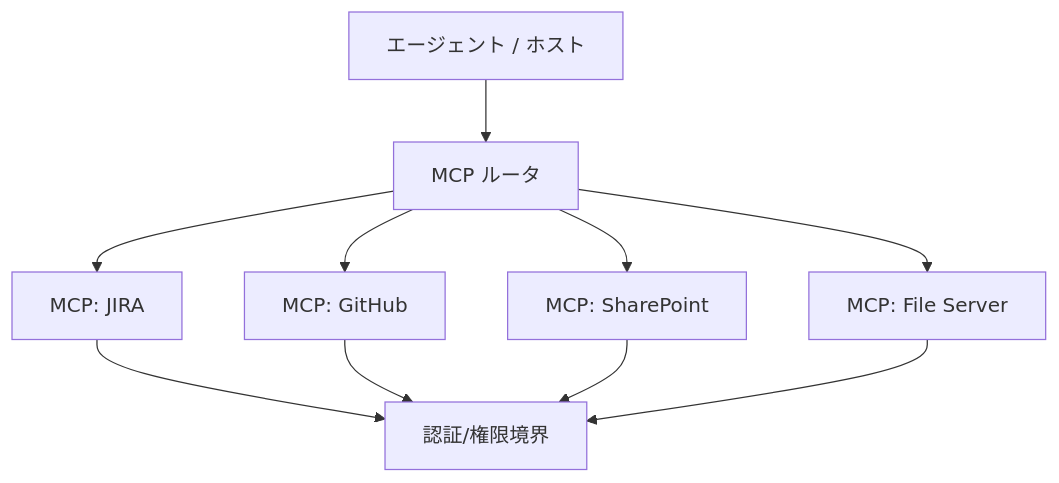
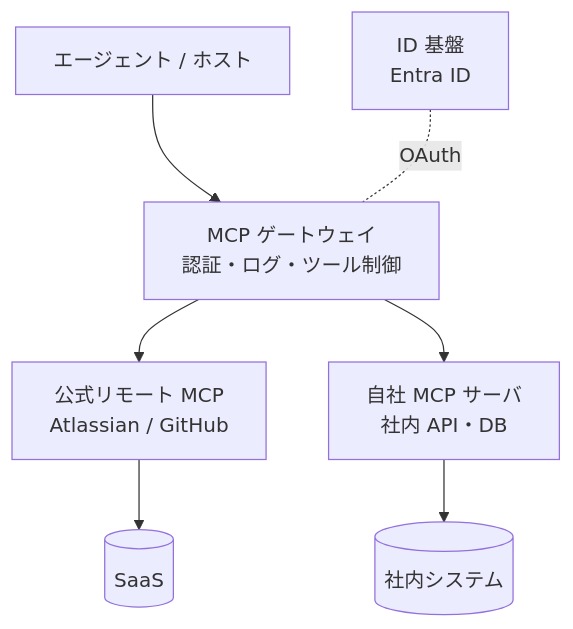
The diagram in src/content/docs/mcp/server-design.md (mike-sugimoto/ai-tech-notes), drawn with Mermaid before and after one commit. The commit also changed other lines of this file and 5 other files, not shown here.

````diff
--- a/src/content/docs/mcp/server-design.md
+++ b/src/content/docs/mcp/server-design.md
@@ -12,9 +13,9 @@
 ```mermaid
 flowchart TB
-    Agent[エージェント / ホスト] --> R[MCP ルータ]
-    R --> S1[MCP: JIRA]
-    R --> S2[MCP: GitHub]
-    R --> S3[MCP: SharePoint]
-    R --> S4[MCP: File Server]
-    S1 & S2 & S3 & S4 --> AUTH[認証/権限境界]
+    Agent[エージェント / ホスト] --> GW[MCP ゲートウェイ<br/>認証・ログ・ツール制御]
+    GW --> S1[公式リモート MCP<br/>Atlassian / GitHub]
+    GW --> S2[自社 MCP サーバ<br/>社内 API・DB]
+    S1 --> SaaS[(SaaS)]
+    S2 --> IN[(社内システム)]
+    IDP[ID 基盤<br/>Entra ID] -. OAuth .- GW
 ```
````
